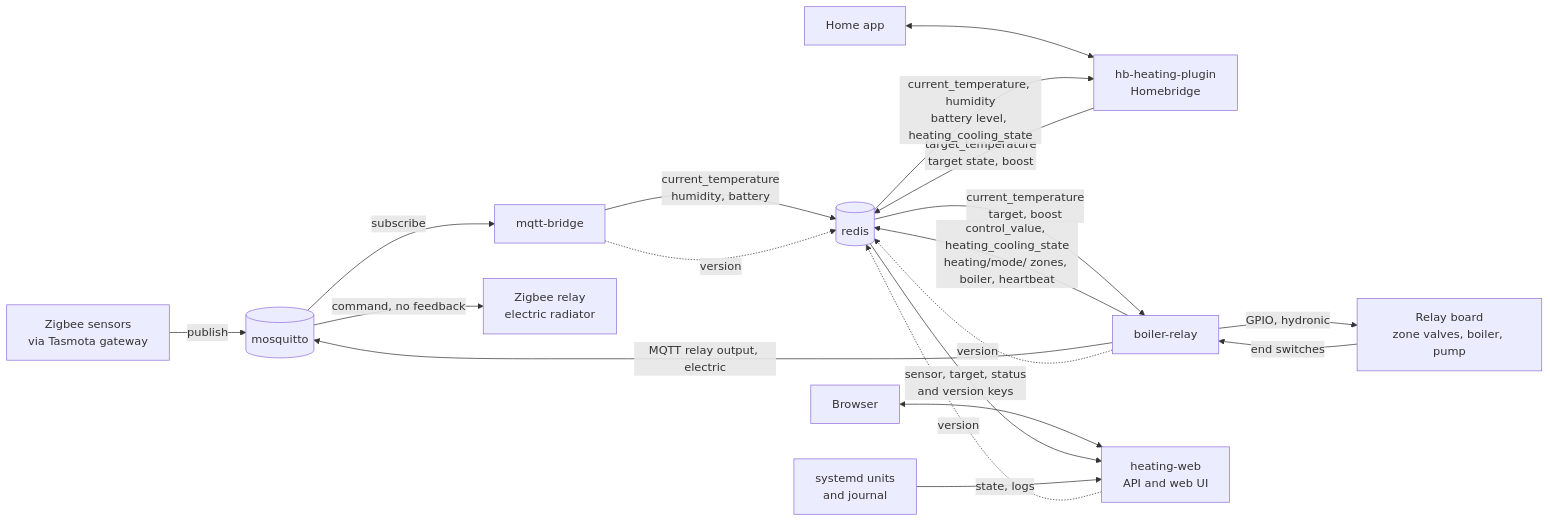
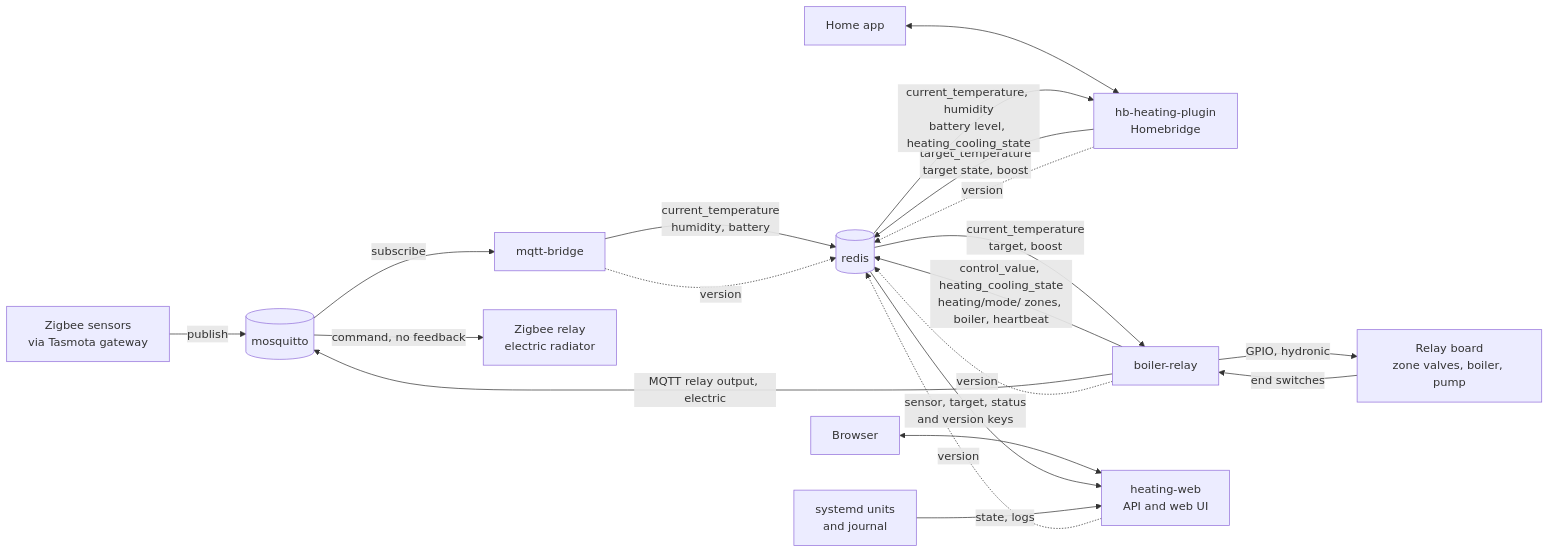
The diagram in README.md (GJMontreal/heating-system), drawn with Mermaid before and after one commit. The commit also changed 1 other file, not shown here.

Commit message:
Document the plugin version key and update the plugin pointer to v1.1.0

````diff
--- a/README.md
+++ b/README.md
@@ -21,26 +21,27 @@
 ```mermaid
 flowchart LR
     sensors[Zigbee sensors<br/>via Tasmota gateway] -->|publish| mqtt[(mosquitto)]
     mqtt -->|subscribe| bridge[mqtt-bridge]
     bridge -->|current_temperature<br/>humidity, battery| redis[(redis)]
 
     app[Home app] <--> hb[hb-heating-plugin<br/>Homebridge]
     hb -->|target_temperature<br/>target state, boost| redis
     redis -->|current_temperature, humidity<br/>battery level, heating_cooling_state| hb
 
     redis -->|current_temperature<br/>target, boost| relay[boiler-relay]
     relay -->|control_value, heating_cooling_state<br/>heating/mode/ zones, boiler, heartbeat| redis
 
     relay -->|GPIO, hydronic| relays[Relay board<br/>zone valves, boiler, pump]
     relays -->|end switches| relay
     relay -->|MQTT relay output, electric| mqtt
     mqtt -->|command, no feedback| zrelay[Zigbee relay<br/>electric radiator]
 
     browser[Browser] <--> web[heating-web<br/>API and web UI]
     redis -->|sensor, target, status<br/>and version keys| web
     journal[systemd units<br/>and journal] -->|state, logs| web
 
     bridge -.->|version| redis
     relay -.->|version| redis
     web -.->|version| redis
+    hb -.->|version| redis
 ```
````
